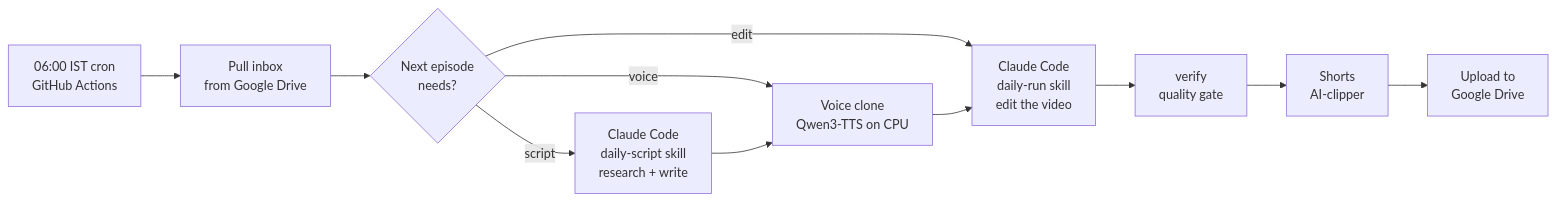
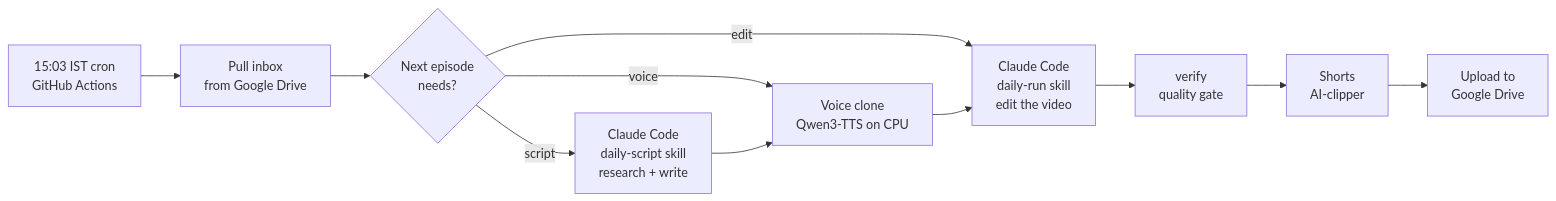
One commit to SrigadaAkshayKumar/ai-video-editor changed the diagram in README.md. Above: the diagram before and after it, drawn with Mermaid. The commit also changed other lines of this file and 2 other files, not shown here.

Commit message:
Move the daily run to 15:03 IST
The 06:00 IST (00:30 UTC) scheduled run never started on 2026-10-10:
GitHub drops scheduled runs under load, most often at :00 and :30.

Claude-Session: https://claude.ai/code/session_01DeMi9BiiicJ9ncSQ6fre7V

````diff
--- a/README.md
+++ b/README.md
@@ -24,13 +24,13 @@
 ```mermaid
 flowchart LR
-    A[06:00 IST cron<br/>GitHub Actions] --> B[Pull inbox<br/>from Google Drive]
+    A[15:03 IST cron<br/>GitHub Actions] --> B[Pull inbox<br/>from Google Drive]
     B --> C{Next episode<br/>needs?}
     C -- script --> D[Claude Code<br/>daily-script skill<br/>research + write]
     C -- voice --> E
     C -- edit --> F
     D --> E[Voice clone<br/>Qwen3-TTS on CPU]
     E --> F[Claude Code<br/>daily-run skill<br/>edit the video]
     F --> G[verify<br/>quality gate]
     G --> H[Shorts<br/>AI-clipper]
     H --> I[Upload to<br/>Google Drive]
 ```
````
